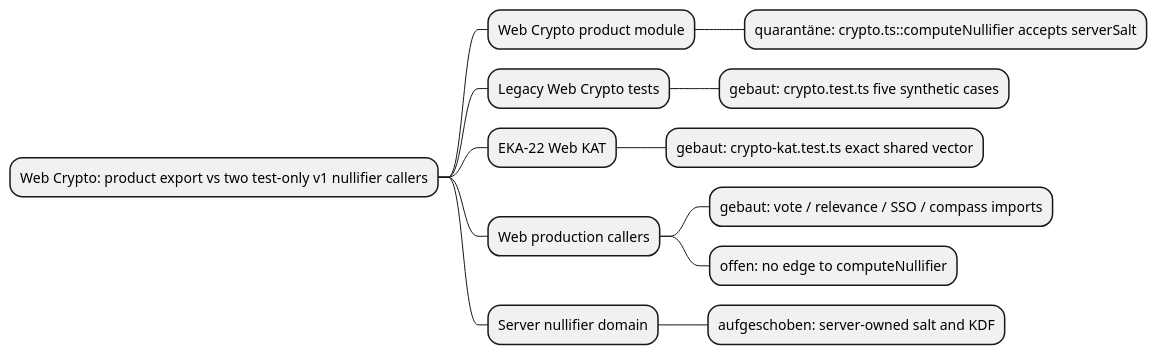
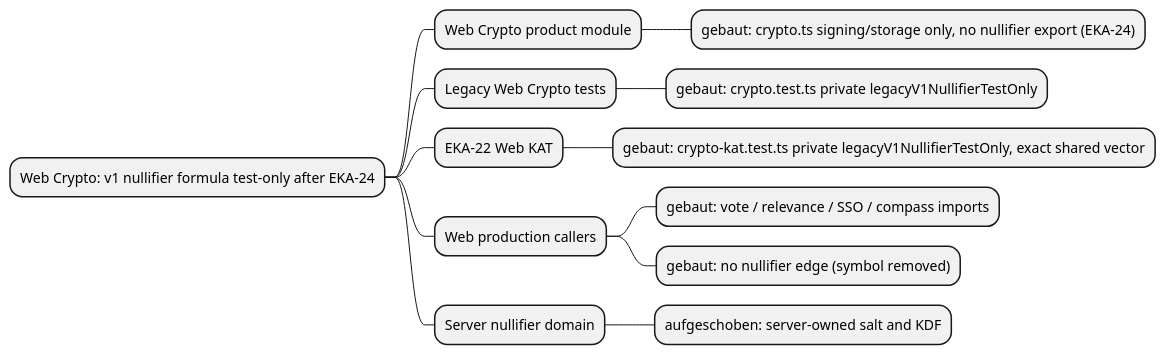
Before and after one commit to NeaBouli/pnyx: diagram 13 of 14 in docs/architecture/map.puml, drawn with PlantUML. The commit also changed other lines of this file and 9 other files, not shown here.

First line of the commit message:
docs(EKA-24): map after-state, fixture note, current base (Codex review #406)

```diff
--- a/docs/architecture/map.puml
+++ b/docs/architecture/map.puml
@@ -299,15 +299,15 @@
 @startmindmap
-' EKA-24 — Test-only Legacy Nullifier Helper Boundary on exact PR 397 head
-* Web Crypto: product export vs two test-only v1 nullifier callers
+' EKA-24 — Test-only Legacy Nullifier Helper Boundary after the fix (T-510)
+* Web Crypto: v1 nullifier formula test-only after EKA-24
 ** Web Crypto product module
-*** quarantäne: crypto.ts::computeNullifier accepts serverSalt
+*** gebaut: crypto.ts signing/storage only, no nullifier export (EKA-24)
 ** Legacy Web Crypto tests
-*** gebaut: crypto.test.ts five synthetic cases
+*** gebaut: crypto.test.ts private legacyV1NullifierTestOnly
 ** EKA-22 Web KAT
-*** gebaut: crypto-kat.test.ts exact shared vector
+*** gebaut: crypto-kat.test.ts private legacyV1NullifierTestOnly, exact shared vector
 ** Web production callers
 *** gebaut: vote / relevance / SSO / compass imports
-*** offen: no edge to computeNullifier
+*** gebaut: no nullifier edge (symbol removed)
 ** Server nullifier domain
 *** aufgeschoben: server-owned salt and KDF
 @endmindmap
```
